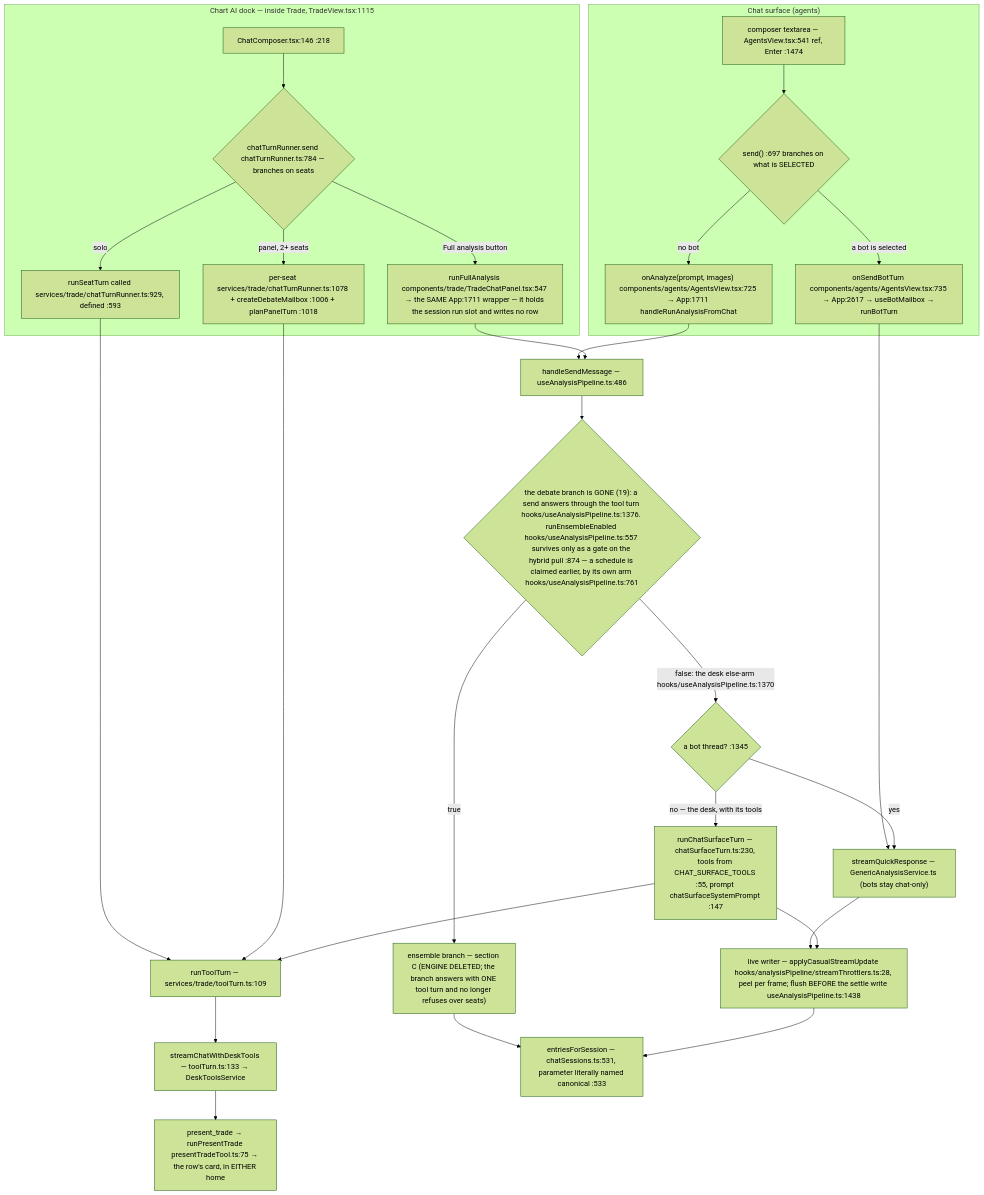
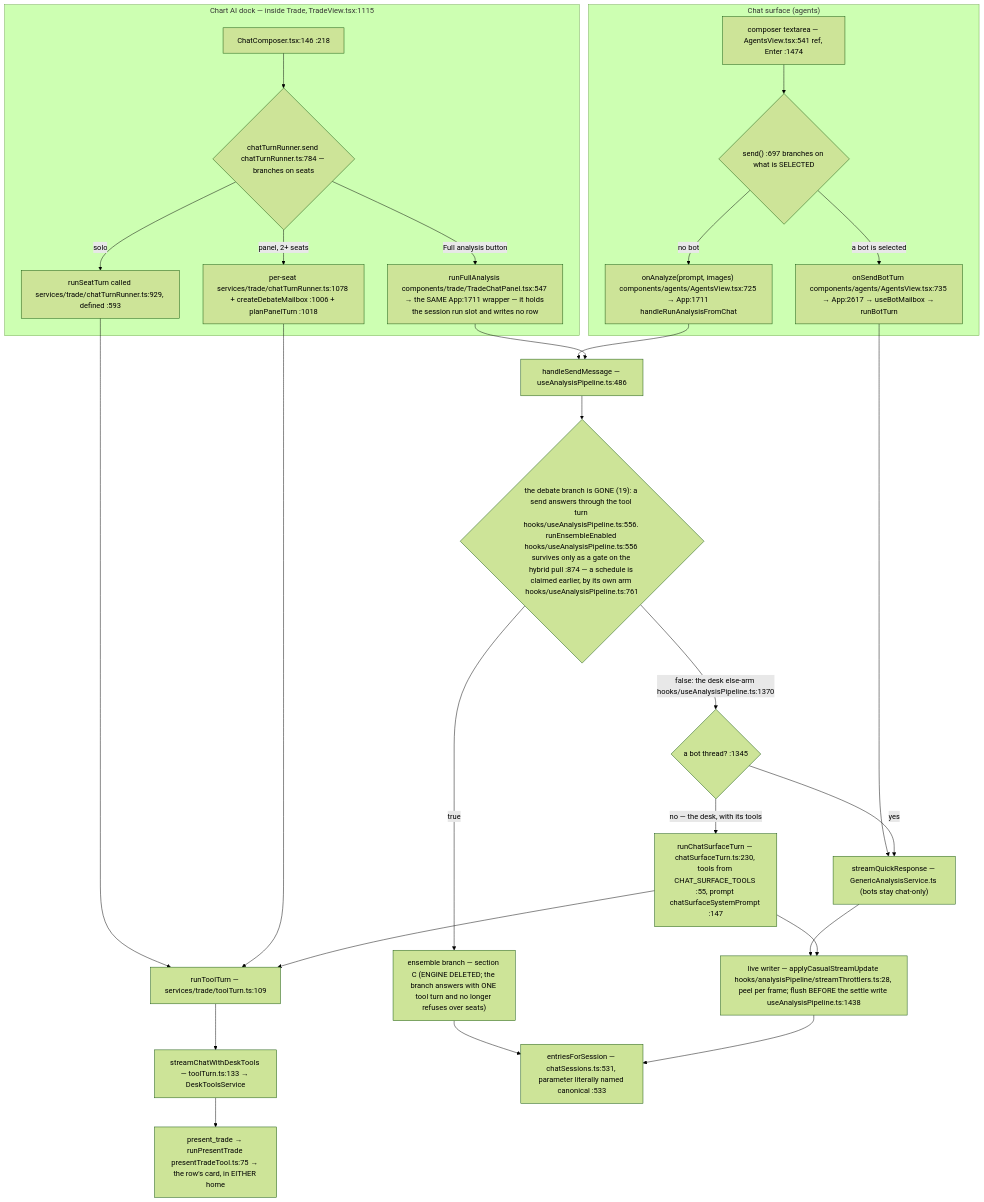
The second of 7 diagrams in docs/app-flow.md (Acepay25/august-3.5), drawn with Mermaid (forest theme) before and after one commit. The commit also changed other lines of this file and 13 other files, not shown here.

````diff
--- a/docs/app-flow.md
+++ b/docs/app-flow.md
@@ -50,31 +50,31 @@
 ```mermaid
 flowchart TD
     subgraph CHAT["Chat surface (agents)"]
         CB["composer textarea — AgentsView.tsx:541 ref, Enter :1474"] --> D1{"send() :697 branches on what is SELECTED"}
         D1 -->|a bot is selected| BOT["onSendBotTurn components/agents/AgentsView.tsx:735 → App:2617 → useBotMailbox → runBotTurn"]
         D1 -->|no bot| AN["onAnalyze(prompt, images) components/agents/AgentsView.tsx:725 → App:1711 handleRunAnalysisFromChat"]
     end
     subgraph DOCK["Chart AI dock — inside Trade, TradeView.tsx:1115"]
         DC["ChatComposer.tsx:146 :218"] --> D2{"chatTurnRunner.send chatTurnRunner.ts:784 — branches on seats"}
         D2 -->|solo| SO["runSeatTurn called services/trade/chatTurnRunner.ts:929, defined :593"]
         D2 -->|panel, 2+ seats| PN["per-seat services/trade/chatTurnRunner.ts:1078 + createDebateMailbox :1006 + planPanelTurn :1018"]
         D2 -->|Full analysis button| FA["runFullAnalysis components/trade/TradeChatPanel.tsx:547 → the SAME App:1711 wrapper — it holds the session run slot and writes no row"]
     end
     SO --> TT["runToolTurn — services/trade/toolTurn.ts:109"]
     PN --> TT
     TT --> SCDT["streamChatWithDeskTools — toolTurn.ts:133 → DeskToolsService"]
     BOT --> TR["streamQuickResponse — GenericAnalysisService.ts (bots stay chat-only)"]
     AN --> HSM["handleSendMessage — useAnalysisPipeline.ts:486"]
     FA --> HSM
-    HSM --> D3{"the debate branch is GONE (19): a send answers through the tool turn hooks/useAnalysisPipeline.ts:1376. runEnsembleEnabled hooks/useAnalysisPipeline.ts:557 survives only as a gate on the hybrid pull :874 — a schedule is claimed earlier, by its own arm hooks/useAnalysisPipeline.ts:761"}
+    HSM --> D3{"the debate branch is GONE (19): a send answers through the tool turn hooks/useAnalysisPipeline.ts:556. runEnsembleEnabled hooks/useAnalysisPipeline.ts:556 survives only as a gate on the hybrid pull :874 — a schedule is claimed earlier, by its own arm hooks/useAnalysisPipeline.ts:761"}
     D3 -->|true| ENS["ensemble branch — section C (ENGINE DELETED; the branch answers with ONE tool turn and no longer refuses over seats)"]
     D3 -->|false: the desk else-arm hooks/useAnalysisPipeline.ts:1370| SPLIT{"a bot thread? :1345"}
     SPLIT -->|yes| TR
     SPLIT -->|no — the desk, with its tools| CST["runChatSurfaceTurn — chatSurfaceTurn.ts:230, tools from CHAT_SURFACE_TOOLS :55, prompt chatSurfaceSystemPrompt :147"]
     CST --> TT
     TR --> LW["live writer — applyCasualStreamUpdate hooks/analysisPipeline/streamThrottlers.ts:28, peel per frame; flush BEFORE the settle write useAnalysisPipeline.ts:1438"]
     CST --> LW
     ENS --> MERGE
     LW --> MERGE["entriesForSession — chatSessions.ts:531, parameter literally named canonical :533"]
     SCDT --> PT["present_trade → runPresentTrade presentTradeTool.ts:75 → the row's card, in EITHER home"]
 ```
````
